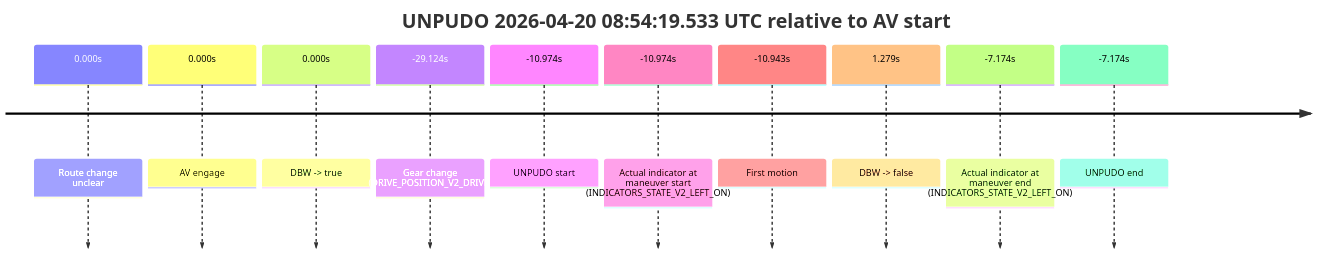
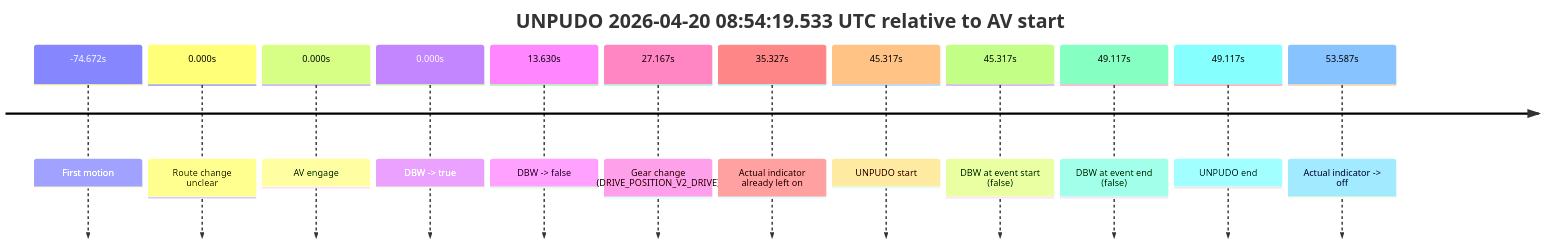
One commit to yoelshapiro/vault changed the second of 8 diagrams in model_analysis/report_cards/2026/04/Week-4/fme20007--2026-04-20--08-33-29--gen2-av-606e1613-95e0-41ca-aff3-36aa6590a0a1.md. Above: the diagram before and after it, drawn with Mermaid. The commit also changed other lines of this file and 85 other files, not shown here.

````diff
--- a/model_analysis/report_cards/2026/04/Week-4/fme20007--2026-04-20--08-33-29--gen2-av-606e1613-95e0-41ca-aff3-36aa6590a0a1.md
+++ b/model_analysis/report_cards/2026/04/Week-4/fme20007--2026-04-20--08-33-29--gen2-av-606e1613-95e0-41ca-aff3-36aa6590a0a1.md
@@ -129,14 +136,16 @@
 ```mermaid
 timeline
     title UNPUDO 2026-04-20 08:54:19.533 UTC relative to AV start
+    -74.672s : First motion
     0.000s : Route change unclear
     0.000s : AV engage
     0.000s : DBW -> true
-    -29.124s : Gear change (DRIVE_POSITION_V2_DRIVE)
-    -10.974s : UNPUDO start
-    -10.974s : Actual indicator at maneuver start (INDICATORS_STATE_V2_LEFT_ON)
-    -10.943s : First motion
-    1.279s : DBW -> false
-    -7.174s : Actual indicator at maneuver end (INDICATORS_STATE_V2_LEFT_ON)
-    -7.174s : UNPUDO end
+    13.630s : DBW -> false
+    27.167s : Gear change (DRIVE_POSITION_V2_DRIVE)
+    35.327s : Actual indicator already left on
+    45.317s : UNPUDO start
+    45.317s : DBW at event start (false)
+    49.117s : DBW at event end (false)
+    49.117s : UNPUDO end
+    53.587s : Actual indicator -> off
 ```
````
